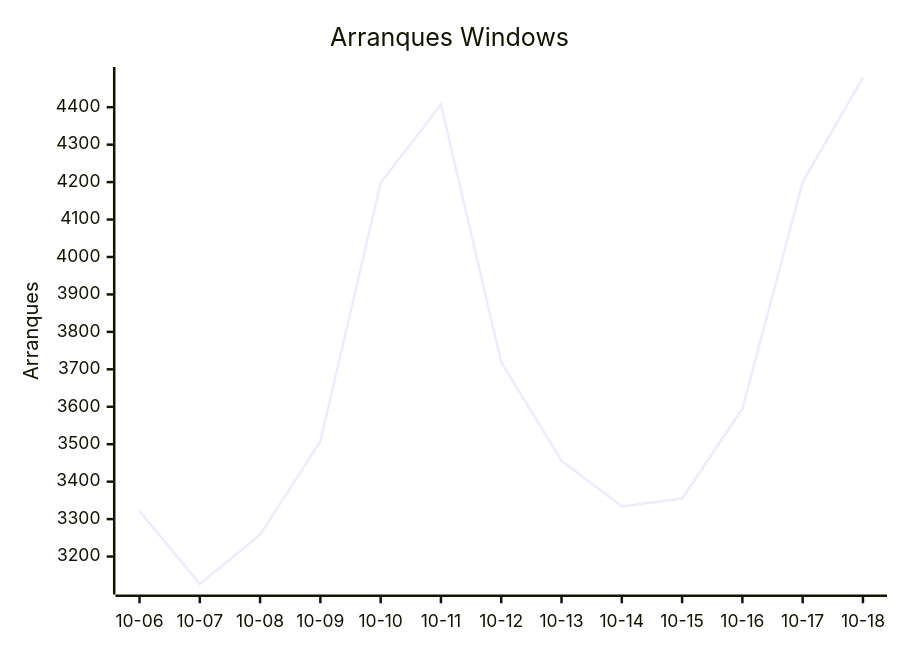
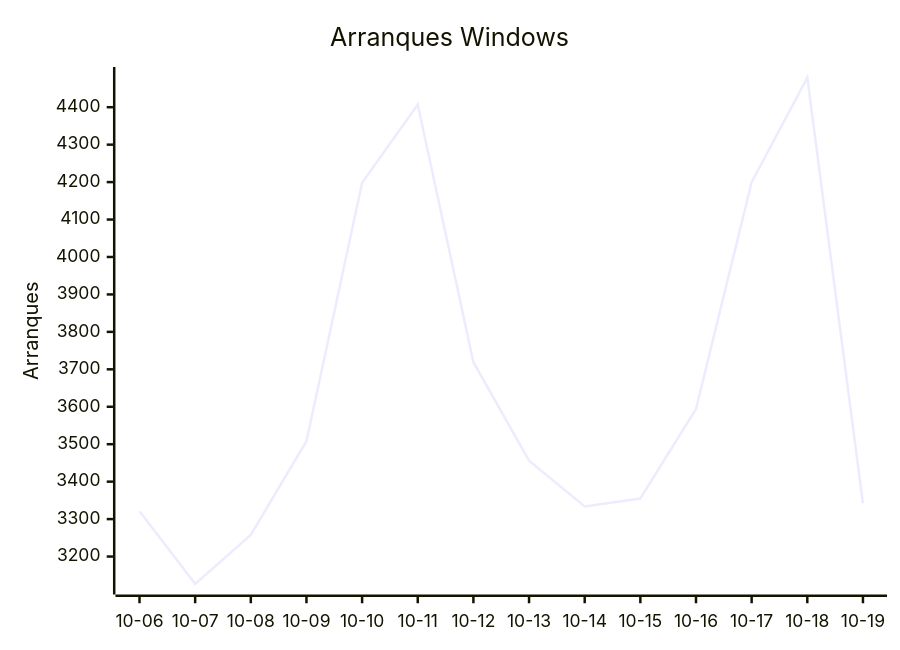
One commit to EmuDeck/stats changed the third of 8 diagrams in README.md. Above: the diagram before and after it, drawn with Mermaid. The commit also changed other lines of this file and 2 other files, not shown here.

````diff
--- a/README.md
+++ b/README.md
@@ -34,7 +34,7 @@
 ```mermaid
 xychart-beta
     title "Arranques Windows"
-    x-axis ["10-06", "10-07", "10-08", "10-09", "10-10", "10-11", "10-12", "10-13", "10-14", "10-15", "10-16", "10-17", "10-18"]
+    x-axis ["10-06", "10-07", "10-08", "10-09", "10-10", "10-11", "10-12", "10-13", "10-14", "10-15", "10-16", "10-17", "10-18", "10-19"]
     y-axis "Arranques"
-    line [3321, 3127, 3258, 3508, 4198, 4407, 3719, 3456, 3334, 3355, 3594, 4200, 4479]
+    line [3321, 3127, 3258, 3508, 4198, 4407, 3719, 3456, 3334, 3355, 3594, 4200, 4479, 3342]
 ```
````
